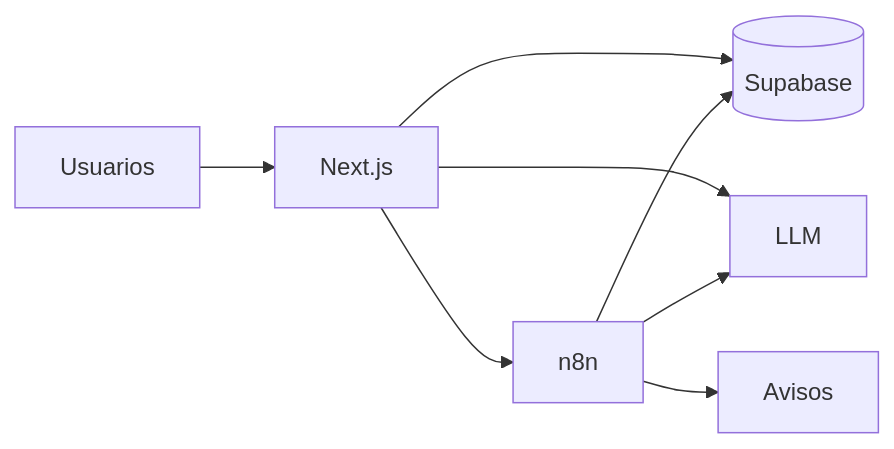
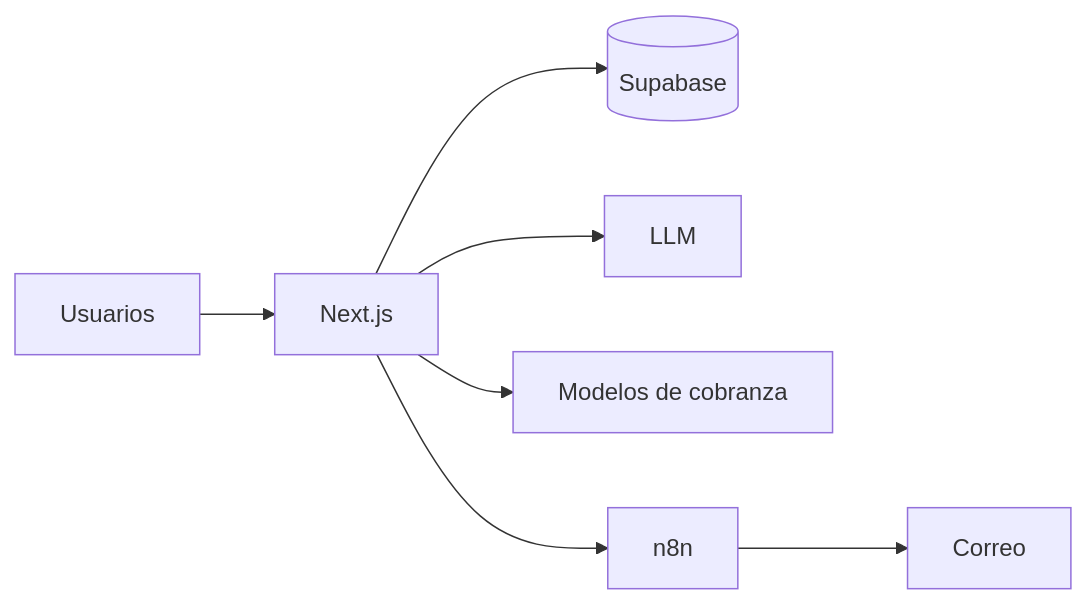
Before and after one commit to swariggg/edutech26-t3-teamtux: the diagram in README.md, drawn with Mermaid. The commit also changed other lines of this file and 21 other files, not shown here.

````diff
--- a/README.md
+++ b/README.md
@@ -16,10 +18,9 @@
 ```mermaid
 flowchart LR
     U["Usuarios"] --> APP["Next.js"]
     APP --> DB[("Supabase")]
     APP --> IA["LLM"]
+    APP --> ML["Modelos de cobranza"]
     APP --> N8N["n8n"]
-    N8N --> DB
-    N8N --> IA
-    N8N --> AV["Avisos"]
+    N8N --> AV["Correo"]
 ```
````
